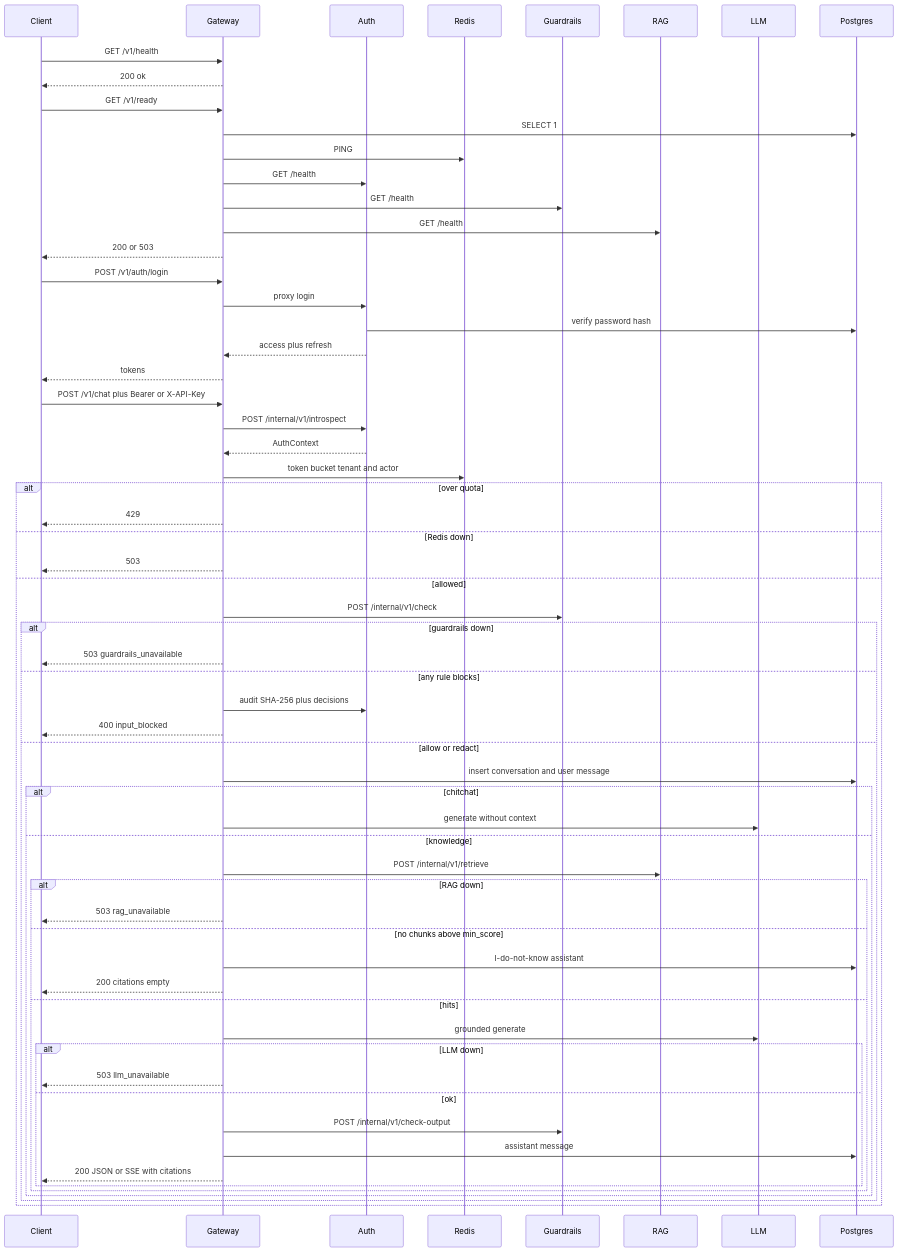
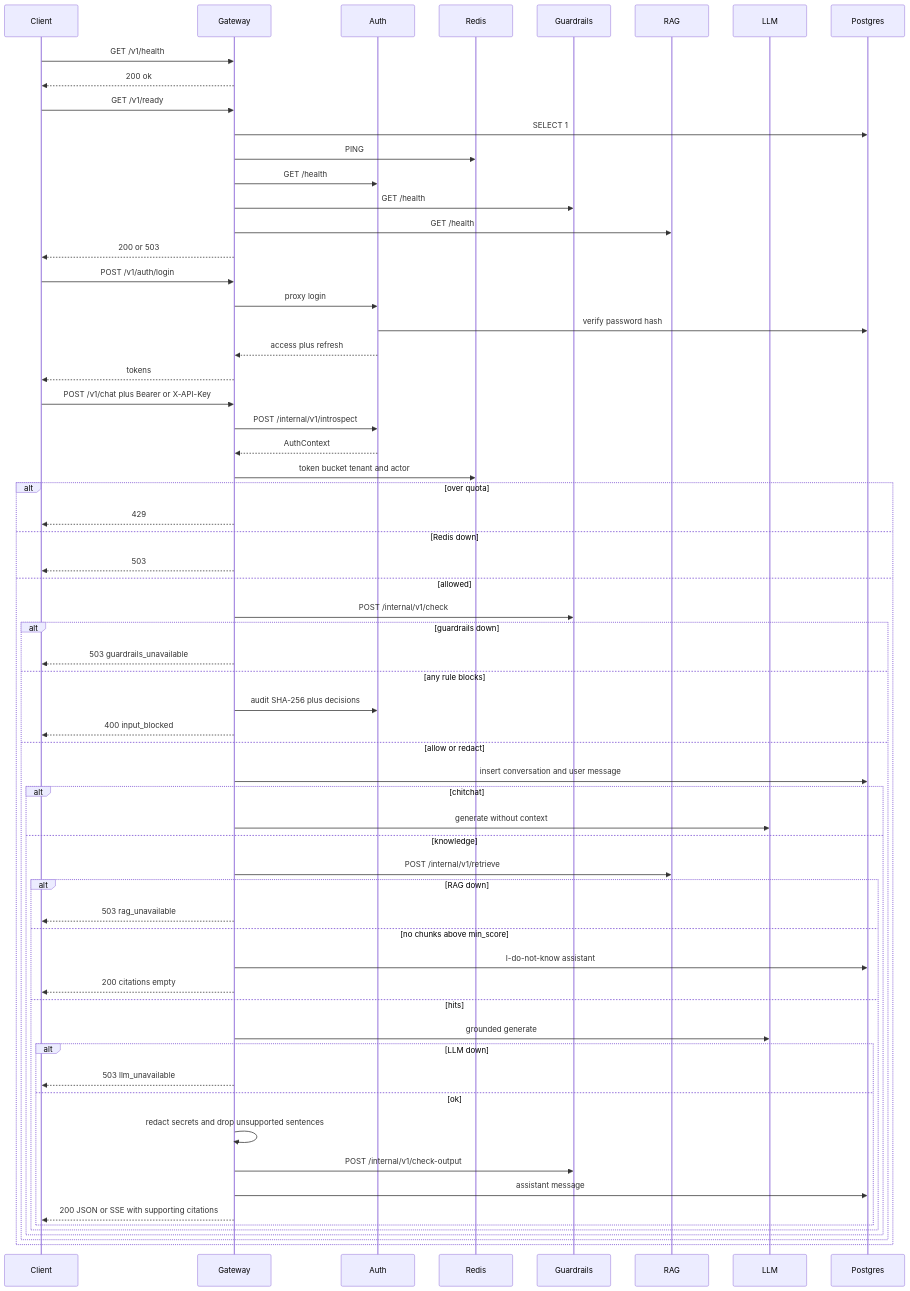
Before and after one commit to Maruthi-srinivas/AIGATEWAY: the first of 2 diagrams in docs/diagrams/request-path.md, drawn with Mermaid. The commit also changed other lines of this file and 13 other files, not shown here.

````diff
--- a/docs/diagrams/request-path.md
+++ b/docs/diagrams/request-path.md
@@ -7,64 +7,65 @@
 ```mermaid
 sequenceDiagram
     participant Client
     participant Gateway
     participant Auth
     participant Redis
     participant Guardrails
     participant RAG
     participant LLM
     participant Postgres
     Client->>Gateway: GET /v1/health
     Gateway-->>Client: 200 ok
     Client->>Gateway: GET /v1/ready
     Gateway->>Postgres: SELECT 1
     Gateway->>Redis: PING
     Gateway->>Auth: GET /health
     Gateway->>Guardrails: GET /health
     Gateway->>RAG: GET /health
     Gateway-->>Client: 200 or 503
     Client->>Gateway: POST /v1/auth/login
     Gateway->>Auth: proxy login
     Auth->>Postgres: verify password hash
     Auth-->>Gateway: access plus refresh
     Gateway-->>Client: tokens
     Client->>Gateway: POST /v1/chat plus Bearer or X-API-Key
     Gateway->>Auth: POST /internal/v1/introspect
     Auth-->>Gateway: AuthContext
     Gateway->>Redis: token bucket tenant and actor
     alt over quota
         Gateway-->>Client: 429
     else Redis down
         Gateway-->>Client: 503
     else allowed
         Gateway->>Guardrails: POST /internal/v1/check
         alt guardrails down
             Gateway-->>Client: 503 guardrails_unavailable
         else any rule blocks
             Gateway->>Auth: audit SHA-256 plus decisions
             Gateway-->>Client: 400 input_blocked
         else allow or redact
             Gateway->>Postgres: insert conversation and user message
             alt chitchat
                 Gateway->>LLM: generate without context
             else knowledge
                 Gateway->>RAG: POST /internal/v1/retrieve
                 alt RAG down
                     Gateway-->>Client: 503 rag_unavailable
                 else no chunks above min_score
                     Gateway->>Postgres: I-do-not-know assistant
                     Gateway-->>Client: 200 citations empty
                 else hits
                     Gateway->>LLM: grounded generate
                     alt LLM down
                         Gateway-->>Client: 503 llm_unavailable
                     else ok
+                        Gateway->>Gateway: redact secrets and drop unsupported sentences
                         Gateway->>Guardrails: POST /internal/v1/check-output
                         Gateway->>Postgres: assistant message
-                        Gateway-->>Client: 200 JSON or SSE with citations
+                        Gateway-->>Client: 200 JSON or SSE with supporting citations
                     end
                 end
             end
         end
     end
 ```
````
